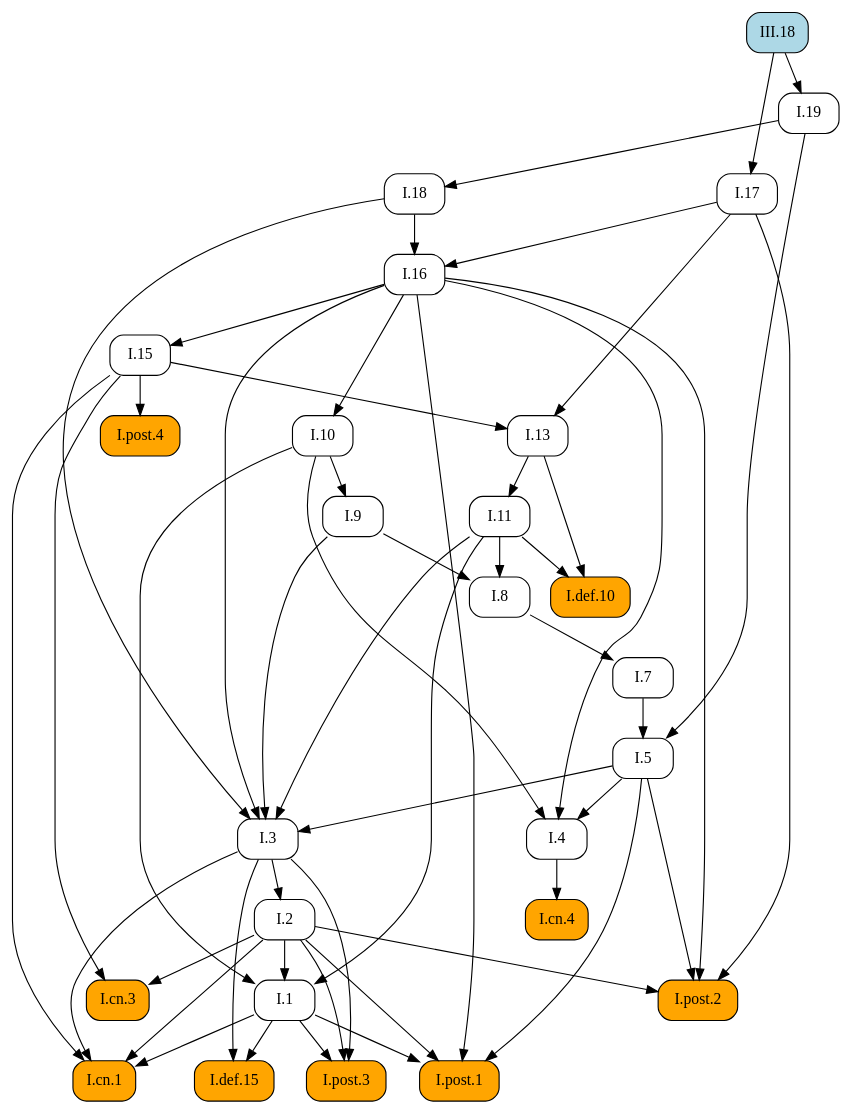
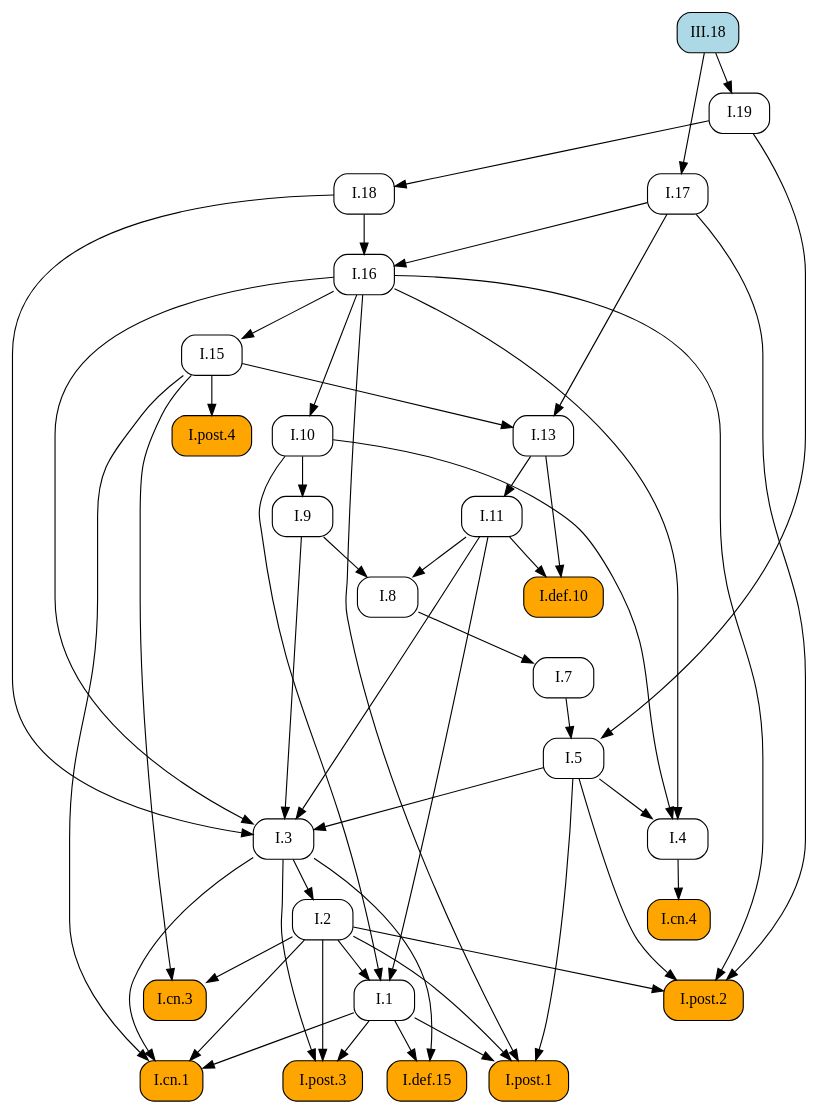
The diagram in docsrc/heath/III/18/index.rst (geometor/elements), drawn with Graphviz before and after one commit. The commit also changed other lines of this file and 484 other files, not shown here.

```diff
--- a/docsrc/heath/III/18/index.rst
+++ b/docsrc/heath/III/18/index.rst
@@ -66,81 +66,81 @@
    digraph {
      rankdir="TB";
      node [shape=box, style=rounded];
-     "I.def.10" [style="rounded,filled", fillcolor=orange, URL="/heath/I/def.10/", target="_top"];
-     "I.11" [URL="/heath/I/11/", target="_top"];
-     "I.post.4" [style="rounded,filled", fillcolor=orange, URL="/heath/I/post.4/", target="_top"];
-     "I.1" [URL="/heath/I/1/", target="_top"];
-     "I.7" [URL="/heath/I/7/", target="_top"];
-     "I.3" [URL="/heath/I/3/", target="_top"];
-     "I.2" [URL="/heath/I/2/", target="_top"];
-     "I.4" [URL="/heath/I/4/", target="_top"];
-     "I.13" [URL="/heath/I/13/", target="_top"];
-     "I.17" [URL="/heath/I/17/", target="_top"];
-     "I.post.2" [style="rounded,filled", fillcolor=orange, URL="/heath/I/post.2/", target="_top"];
-     "I.18" [URL="/heath/I/18/", target="_top"];
-     "I.16" [URL="/heath/I/16/", target="_top"];
-     "I.def.15" [style="rounded,filled", fillcolor=orange, URL="/heath/I/def.15/", target="_top"];
-     "I.19" [URL="/heath/I/19/", target="_top"];
-     "I.post.3" [style="rounded,filled", fillcolor=orange, URL="/heath/I/post.3/", target="_top"];
      "I.9" [URL="/heath/I/9/", target="_top"];
      "I.cn.1" [style="rounded,filled", fillcolor=orange, URL="/heath/I/cn.1/", target="_top"];
+     "III.18" [style="rounded,filled", fillcolor=lightblue, URL="/heath/III/18/", target="_top"];
+     "I.7" [URL="/heath/I/7/", target="_top"];
+     "I.2" [URL="/heath/I/2/", target="_top"];
+     "I.def.15" [style="rounded,filled", fillcolor=orange, URL="/heath/I/def.15/", target="_top"];
+     "I.13" [URL="/heath/I/13/", target="_top"];
+     "I.post.4" [style="rounded,filled", fillcolor=orange, URL="/heath/I/post.4/", target="_top"];
+     "I.4" [URL="/heath/I/4/", target="_top"];
+     "I.1" [URL="/heath/I/1/", target="_top"];
+     "I.post.3" [style="rounded,filled", fillcolor=orange, URL="/heath/I/post.3/", target="_top"];
+     "I.post.1" [style="rounded,filled", fillcolor=orange, URL="/heath/I/post.1/", target="_top"];
+     "I.5" [URL="/heath/I/5/", target="_top"];
+     "I.19" [URL="/heath/I/19/", target="_top"];
+     "I.8" [URL="/heath/I/8/", target="_top"];
+     "I.17" [URL="/heath/I/17/", target="_top"];
      "I.cn.3" [style="rounded,filled", fillcolor=orange, URL="/heath/I/cn.3/", target="_top"];
-     "I.8" [URL="/heath/I/8/", target="_top"];
+     "I.16" [URL="/heath/I/16/", target="_top"];
+     "I.def.10" [style="rounded,filled", fillcolor=orange, URL="/heath/I/def.10/", target="_top"];
+     "I.18" [URL="/heath/I/18/", target="_top"];
+     "I.15" [URL="/heath/I/15/", target="_top"];
+     "I.10" [URL="/heath/I/10/", target="_top"];
+     "I.11" [URL="/heath/I/11/", target="_top"];
      "I.cn.4" [style="rounded,filled", fillcolor=orange, URL="/heath/I/cn.4/", target="_top"];
-     "I.15" [URL="/heath/I/15/", target="_top"];
-     "I.post.1" [style="rounded,filled", fillcolor=orange, URL="/heath/I/post.1/", target="_top"];
-     "I.10" [URL="/heath/I/10/", target="_top"];
-     "III.18" [style="rounded,filled", fillcolor=lightblue, URL="/heath/III/18/", target="_top"];
-     "I.5" [URL="/heath/I/5/", target="_top"];
-     "I.11" -> "I.def.10";
-     "I.13" -> "I.def.10";
-     "I.13" -> "I.11";
+     "I.post.2" [style="rounded,filled", fillcolor=orange, URL="/heath/I/post.2/", target="_top"];
+     "I.3" [URL="/heath/I/3/", target="_top"];
+     "I.10" -> "I.9";
+     "I.1" -> "I.cn.1";
+     "I.2" -> "I.cn.1";
+     "I.3" -> "I.cn.1";
+     "I.15" -> "I.cn.1";
+     "I.8" -> "I.7";
+     "I.3" -> "I.2";
+     "I.1" -> "I.def.15";
+     "I.3" -> "I.def.15";
+     "I.15" -> "I.13";
+     "I.17" -> "I.13";
      "I.15" -> "I.post.4";
+     "I.5" -> "I.4";
+     "I.10" -> "I.4";
+     "I.16" -> "I.4";
      "I.2" -> "I.1";
      "I.10" -> "I.1";
      "I.11" -> "I.1";
-     "I.8" -> "I.7";
+     "I.1" -> "I.post.3";
+     "I.2" -> "I.post.3";
+     "I.3" -> "I.post.3";
+     "I.1" -> "I.post.1";
+     "I.2" -> "I.post.1";
+     "I.5" -> "I.post.1";
+     "I.16" -> "I.post.1";
+     "I.7" -> "I.5";
+     "I.19" -> "I.5";
+     "III.18" -> "I.19";
+     "I.9" -> "I.8";
+     "I.11" -> "I.8";
+     "III.18" -> "I.17";
+     "I.2" -> "I.cn.3";
+     "I.15" -> "I.cn.3";
+     "I.17" -> "I.16";
+     "I.18" -> "I.16";
+     "I.11" -> "I.def.10";
+     "I.13" -> "I.def.10";
+     "I.19" -> "I.18";
+     "I.16" -> "I.15";
+     "I.16" -> "I.10";
+     "I.13" -> "I.11";
+     "I.4" -> "I.cn.4";
+     "I.2" -> "I.post.2";
+     "I.5" -> "I.post.2";
+     "I.16" -> "I.post.2";
+     "I.17" -> "I.post.2";
      "I.5" -> "I.3";
      "I.9" -> "I.3";
      "I.11" -> "I.3";
      "I.16" -> "I.3";
      "I.18" -> "I.3";
-     "I.3" -> "I.2";
-     "I.5" -> "I.4";
-     "I.10" -> "I.4";
-     "I.16" -> "I.4";
-     "I.15" -> "I.13";
-     "I.17" -> "I.13";
-     "III.18" -> "I.17";
-     "I.2" -> "I.post.2";
-     "I.5" -> "I.post.2";
-     "I.16" -> "I.post.2";
-     "I.17" -> "I.post.2";
-     "I.19" -> "I.18";
-     "I.17" -> "I.16";
-     "I.18" -> "I.16";
-     "I.1" -> "I.def.15";
-     "I.3" -> "I.def.15";
-     "III.18" -> "I.19";
-     "I.1" -> "I.post.3";
-     "I.2" -> "I.post.3";
-     "I.3" -> "I.post.3";
-     "I.10" -> "I.9";
-     "I.1" -> "I.cn.1";
-     "I.2" -> "I.cn.1";
-     "I.3" -> "I.cn.1";
-     "I.15" -> "I.cn.1";
-     "I.2" -> "I.cn.3";
-     "I.15" -> "I.cn.3";
-     "I.9" -> "I.8";
-     "I.11" -> "I.8";
-     "I.4" -> "I.cn.4";
-     "I.16" -> "I.15";
-     "I.1" -> "I.post.1";
-     "I.2" -> "I.post.1";
-     "I.5" -> "I.post.1";
-     "I.16" -> "I.post.1";
-     "I.16" -> "I.10";
-     "I.7" -> "I.5";
-     "I.19" -> "I.5";
    }
```
